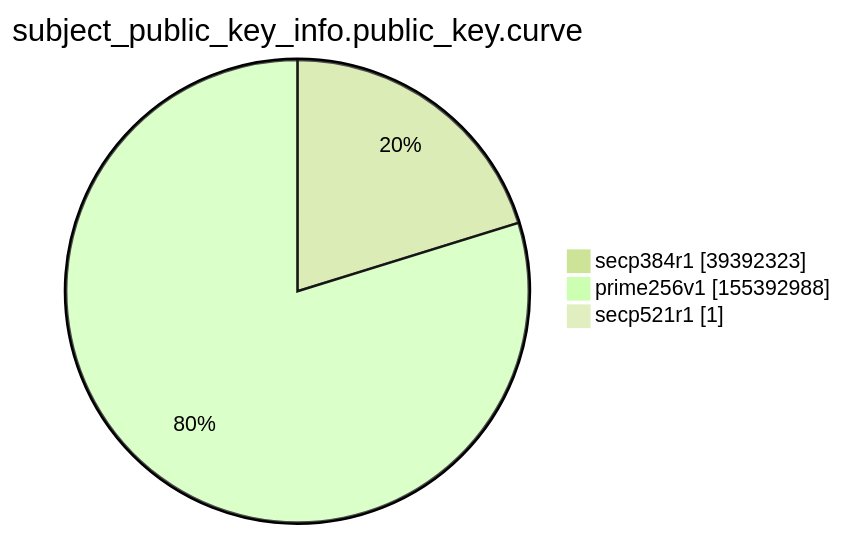
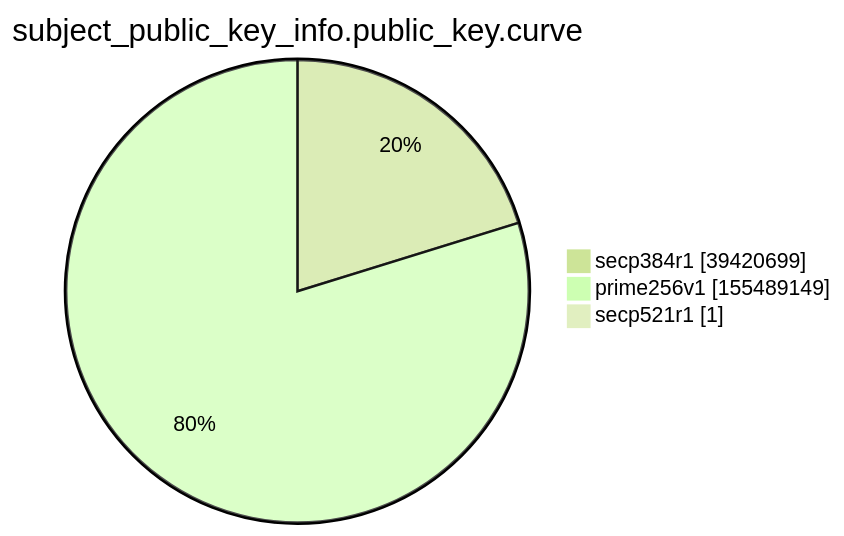
Before and after one commit to christiankrug/ctmonitor_visualization: the ninth of 15 diagrams in xenon2022/README.md, drawn with Mermaid (forest theme). The commit also changed other lines of this file, not shown here.

````diff
--- a/xenon2022/README.md
+++ b/xenon2022/README.md
@@ -2865,7 +2865,7 @@
 ```mermaid
 pie showData
 title subject_public_key_info.public_key.curve
-"secp384r1" :39392323
-"prime256v1" :155392988
+"secp384r1" :39420699
+"prime256v1" :155489149
 "secp521r1" :1
 ```
````
